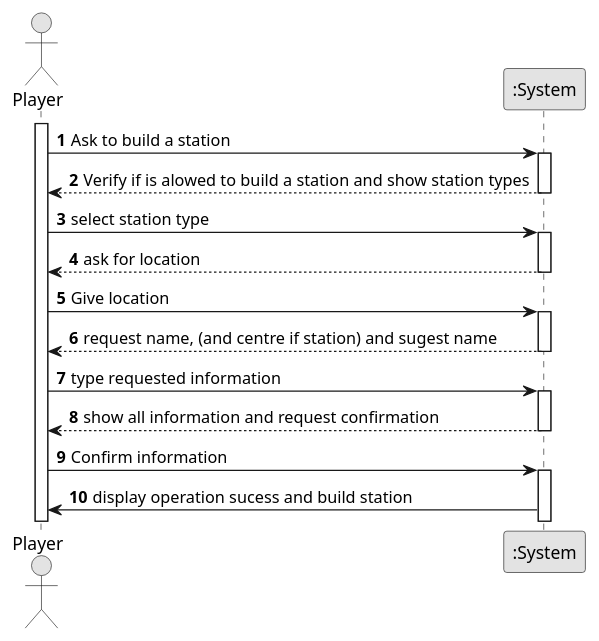
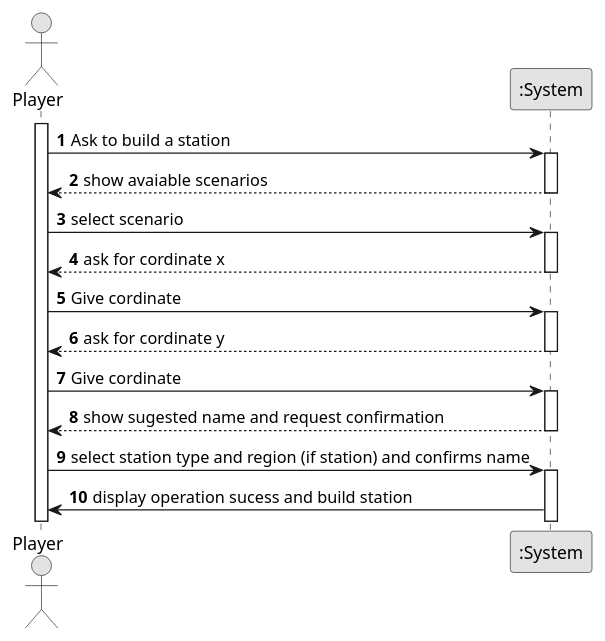
One commit to Andremonteiro1240850/railway_simulator changed the diagram in docs/system-documentation/US05/01.requirements-engineering.us05/puml/us05Diagram.puml. Above: the diagram before and after it, drawn with PlantUML. The commit also changed 15 other files, not shown here.

```diff
--- a/docs/system-documentation/US05/01.requirements-engineering.us05/puml/us05Diagram.puml
+++ b/docs/system-documentation/US05/01.requirements-engineering.us05/puml/us05Diagram.puml
@@ -1,40 +1,40 @@
 @startuml
 skinparam monochrome true
 skinparam packageStyle rectangle
 skinparam shadowing false
 
 autonumber
 
 actor "Player" as Employee
 participant ":System" as System
 
 activate Employee
 
     Employee -> System : Ask to build a station
     activate System
 
-        System --> Employee : Verify if is alowed to build a station and show station types
+        System --> Employee : show avaiable scenarios
     deactivate System
 
-    Employee -> System : select station type
+    Employee -> System : select scenario
     activate System
 
-        System --> Employee :  ask for location
+        System --> Employee :  ask for cordinate x
     deactivate System
 
-    Employee -> System : Give location
+    Employee -> System : Give cordinate
     activate System
 
-        System --> Employee : request name, (and centre if station) and sugest name
+        System --> Employee : ask for cordinate y
     deactivate System
 
-    Employee -> System : type requested information
+    Employee -> System : Give cordinate
     activate System
 
-        System --> Employee : show all information and request confirmation
+        System --> Employee : show sugested name and request confirmation
     deactivate System
-    Employee -> System : Confirm information
+    Employee -> System : select station type and region (if station) and confirms name
     activate System
     System -> Employee : display operation sucess and build station
 
 @enduml
```
